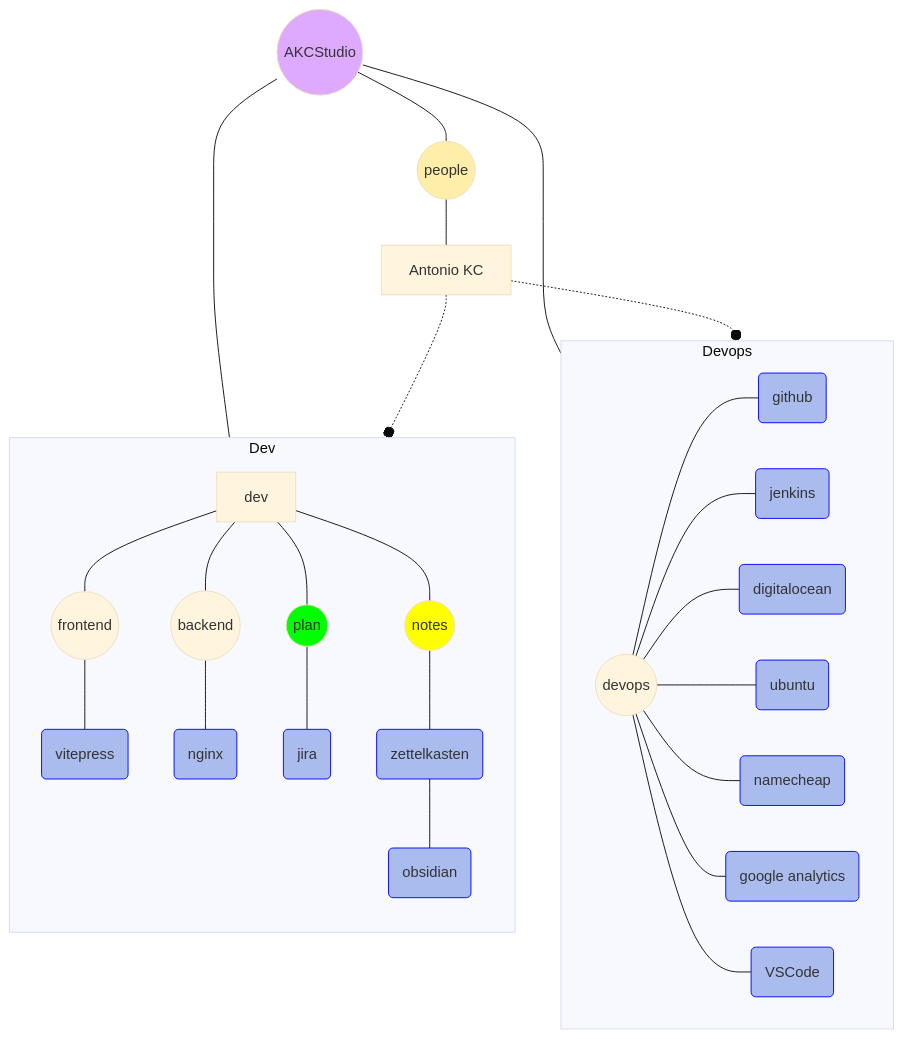
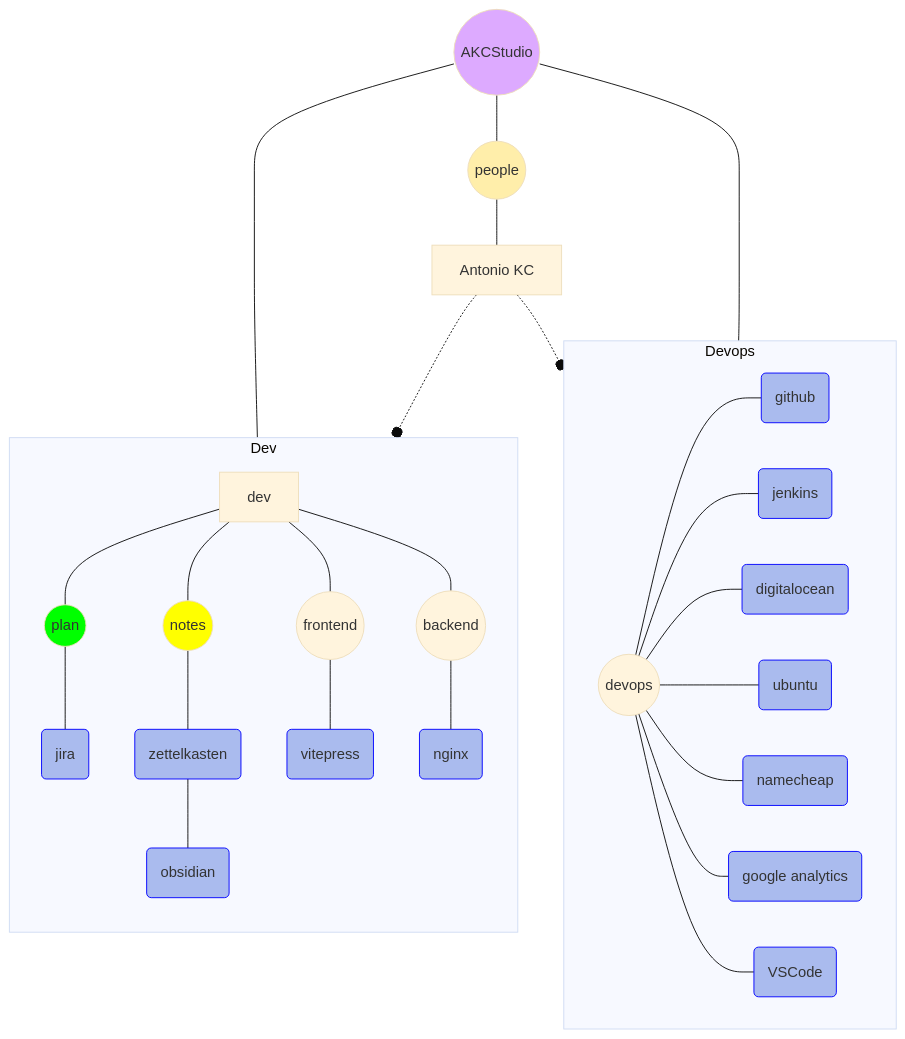
The diagram in docs/about.md (akobashikawa/vitepress-akcstudio), drawn with Mermaid (base theme) before and after one commit. The commit also changed 1 other file, not shown here.

Commit message:
Update orden

````diff
--- a/docs/about.md
+++ b/docs/about.md
@@ -19,48 +19,49 @@
 ```mermaid
 flowchart TB
 
 classDef link stroke:blue,fill:#abe
 classDef purple fill:#daf
 classDef lime fill:lime
 classDef yellow fill:yellow
 classDef rose fill:#fea
 
 akcstudio((AKCStudio)):::purple --- people((people)):::rose --- akc[Antonio KC]
+akc -.-o gdev
 akcstudio --- gdev
 akcstudio --- gdevops
-akc -.-o gdev
 akc -.-o gdevops
 
 subgraph gdev[Dev]
   direction TB
+  
+  dev --- plan((plan)):::lime --- jira(jira):::link
+  dev --- notes((notes)):::yellow --- zettelkasten(zettelkasten):::link --- obsidian(obsidian):::link
   dev --- frontend((frontend))
   frontend --- vitepress(vitepress):::link
   dev --- backend((backend))
   backend --- nginx(nginx):::link
-  dev --- plan((plan)):::lime --- jira(jira):::link
-  dev --- notes((notes)):::yellow --- zettelkasten(zettelkasten):::link --- obsidian(obsidian):::link
 end
 
 subgraph gdevops[Devops]
   devops((devops)) --- github(github):::link
   devops --- jenkins(jenkins):::link
   devops --- digitalocean(digitalocean):::link
   devops --- ubuntu(ubuntu):::link
   devops --- namecheap(namecheap):::link
   devops --- ga(google analytics):::link
   devops --- vscode(VSCode):::link
 end
 
 click jira "https://www.atlassian.com/software/jira" _blank
 click zettelkasten "https://zettelkasten.de/posts/overview/" _blank
 click obsidian "https://obsidian.md/" _blank
 click vitepress "https://vitepress.dev/" _blank
 click nginx "https://www.nginx.com/" _blank
 click github "https://github.com/" _blank
 click jenkins "https://www.jenkins.io/" _blank
 click digitalocean "https://m.do.co/c/87053dad838b" _blank
 click ubuntu "https://ubuntu.com/blog/tag/22-04-lts" _blank
 click namecheap "https://www.namecheap.com/" _blank
 click ga "https://analytics.google.com/" _blank
 click vscode "https://code.visualstudio.com/" _blank
 ```
````
